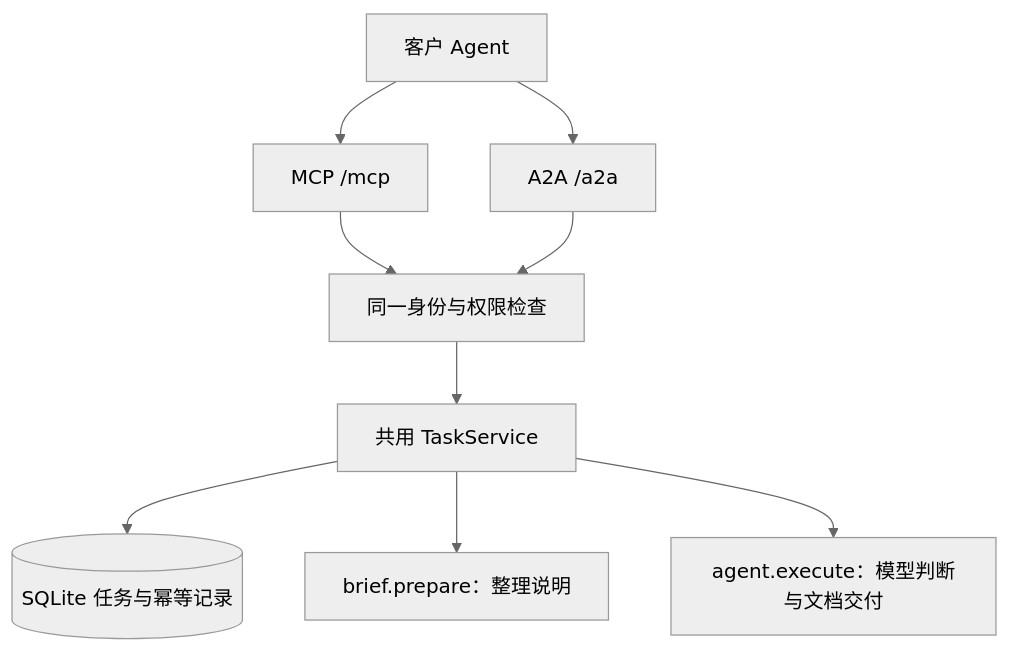
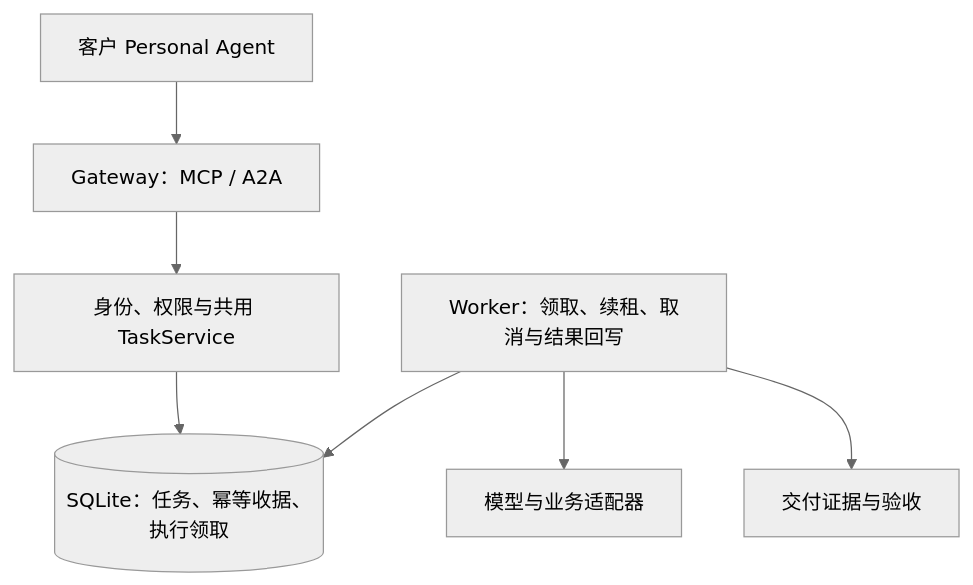
Before and after one commit to proerror77/eigos: the diagram in README.md, drawn with Mermaid (neutral theme). The commit also changed other lines of this file and 217 other files, not shown here.

Commit message:
Sync gateway-worker implementation, capability pilots, and project evidence

````diff
--- a/README.md
+++ b/README.md
@@ -64,11 +74,9 @@
 ```mermaid
 flowchart TD
-    C[客户 Agent] --> M[MCP /mcp]
-    C --> A[A2A /a2a]
-    M --> P[同一身份与权限检查]
-    A --> P
-    P --> T[共用 TaskService]
-    T --> D[(SQLite 任务与幂等记录)]
-    T --> B[brief.prepare：整理说明]
-    T --> A2[agent.execute：模型判断与文档交付]
+    C[客户 Personal Agent] --> M[Gateway：MCP / A2A]
+    M --> P[身份、权限与共用 TaskService]
+    P --> D[(SQLite：任务、幂等收据、执行领取)]
+    W[Worker：领取、续租、取消与结果回写] --> D
+    W --> E[模型与业务适配器]
+    W --> V[交付证据与验收]
 ```
````
